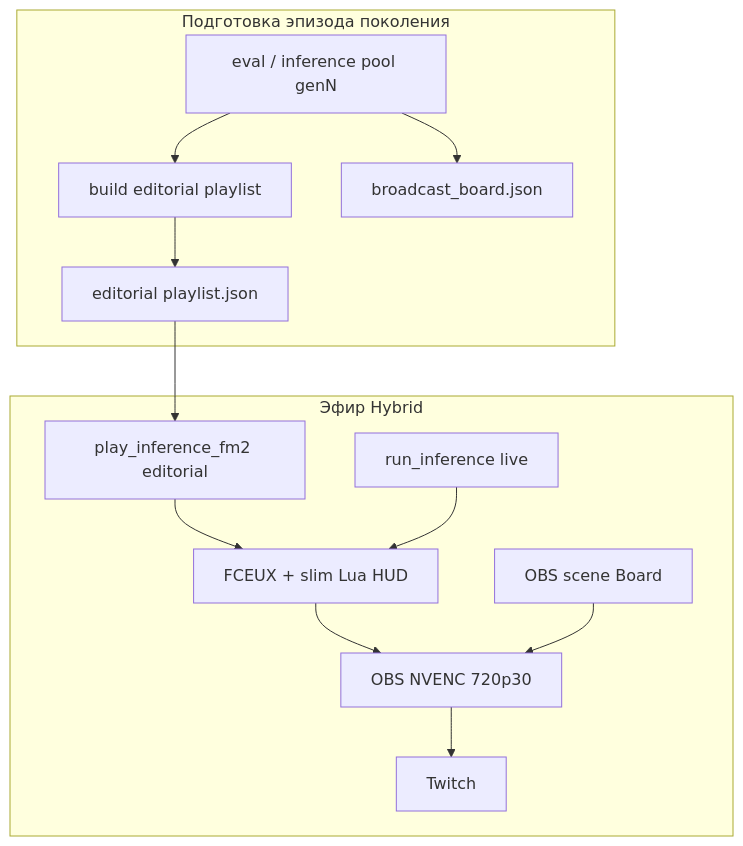
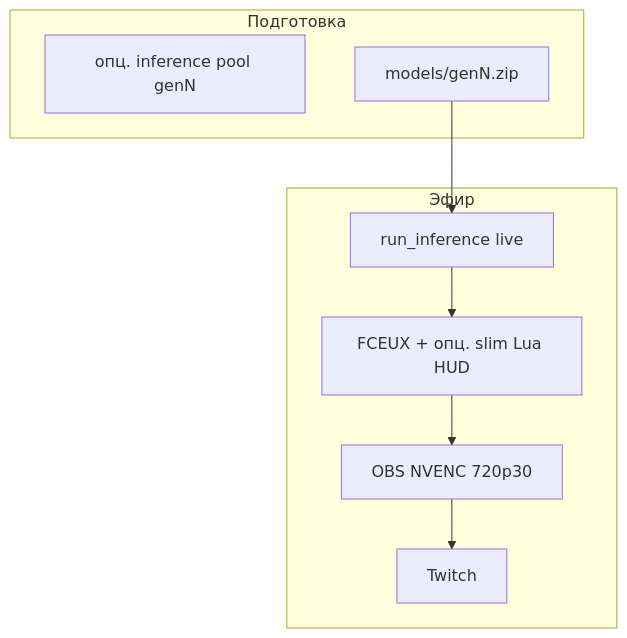
The diagram in docs/STREAMING_CONCEPT.md (dimadroog/wait), drawn with Mermaid before and after one commit. The commit also changed other lines of this file and 46 other files, not shown here.

First line of the commit message:
chore: удалить achievements, editorial playlist и board

````diff
--- a/docs/STREAMING_CONCEPT.md
+++ b/docs/STREAMING_CONCEPT.md
@@ -106,24 +103,16 @@
 ```mermaid
 flowchart TB
-    subgraph prep [Подготовка эпизода поколения]
-        Eval["eval / inference pool genN"]
-        EditBuild["build editorial playlist"]
-        BoardJson["broadcast_board.json"]
-        Eval --> EditBuild
-        Eval --> BoardJson
-        EditBuild --> Manifest["editorial playlist.json"]
+    subgraph prep [Подготовка]
+        Pool["опц. inference pool genN"]
+        Model["models/genN.zip"]
     end
-    subgraph air [Эфир Hybrid]
-        Board[OBS scene Board]
-        Play[play_inference_fm2 editorial]
+    subgraph air [Эфир]
         Live[run_inference live]
-        FCEUX[FCEUX + slim Lua HUD]
+        FCEUX[FCEUX + опц. slim Lua HUD]
         OBS[OBS NVENC 720p30]
-        Manifest --> Play
-        Play --> FCEUX
         Live --> FCEUX
         FCEUX --> OBS
-        Board --> OBS
         OBS --> Twitch[Twitch]
     end
+    Model --> Live
 ```
````
